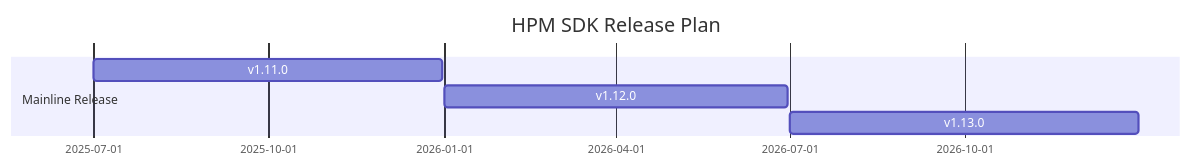
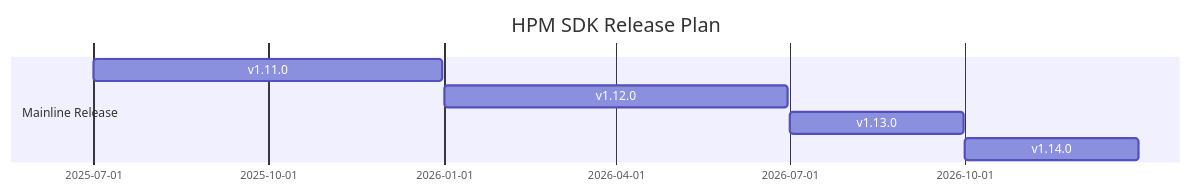
The diagram in common/libraries/hpm_sdk/README.md (hpmicro/rtt-bsp-hpm6300evk), drawn with Mermaid before and after one commit. The commit also changed 1375 other files, not shown here.

````diff
--- a/common/libraries/hpm_sdk/README.md
+++ b/common/libraries/hpm_sdk/README.md
@@ -1,9 +1,10 @@
 ``` mermaid
 gantt
     title HPM SDK Release Plan
     dateFormat  YYYY-MM-DD
     section Mainline Release
     v1.11.0          :a1, 2025-07-01, 2025-12-31
     v1.12.0          :a2, 2026-01-01, 2026-06-30
-    v1.13.0          :a2, 2026-07-01, 2026-12-31
+    v1.13.0          :a3, 2026-07-01, 2026-09-30
+    v1.14.0          :a4, 2026-10-01, 2026-12-31
 ```
````
